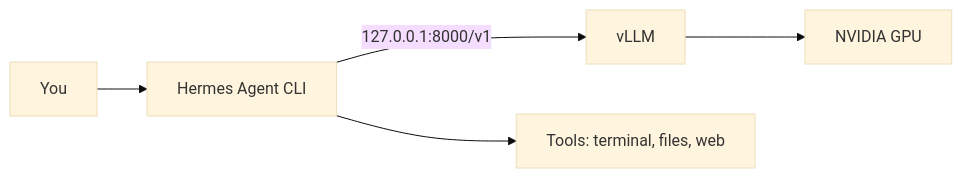
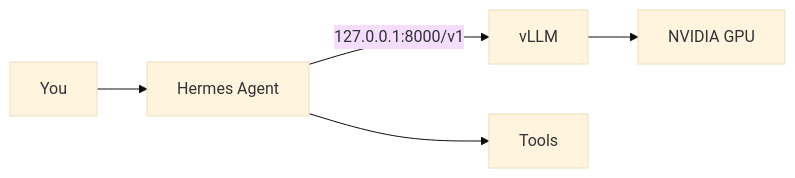
The first of 2 diagrams in README.md (DataKnifeAI/enodios), drawn with Mermaid (base theme) before and after one commit. The commit also changed other lines of this file and 2 other files, not shown here.

````diff
--- a/README.md
+++ b/README.md
@@ -544,7 +72,7 @@
 ```mermaid
 flowchart LR
-  U[You] --> H[Hermes Agent CLI]
+  U[You] --> H[Hermes Agent]
   H -->|127.0.0.1:8000/v1| V[vLLM]
   V --> G[NVIDIA GPU]
-  H --> T[Tools: terminal, files, web]
+  H --> T[Tools]
 ```
````
